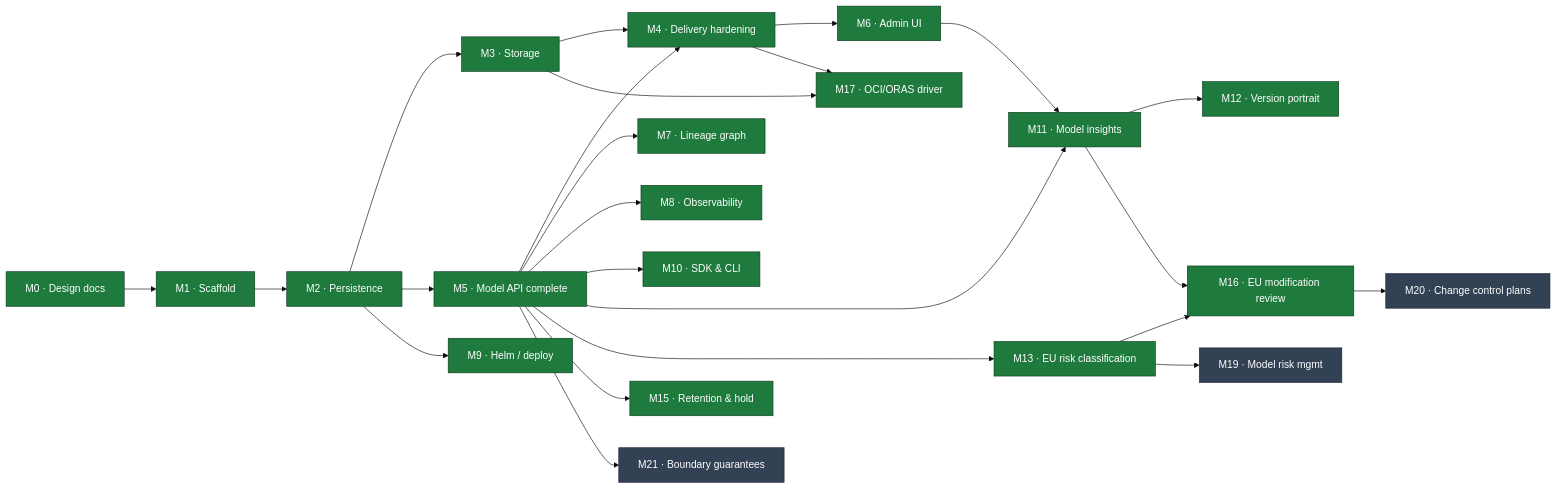
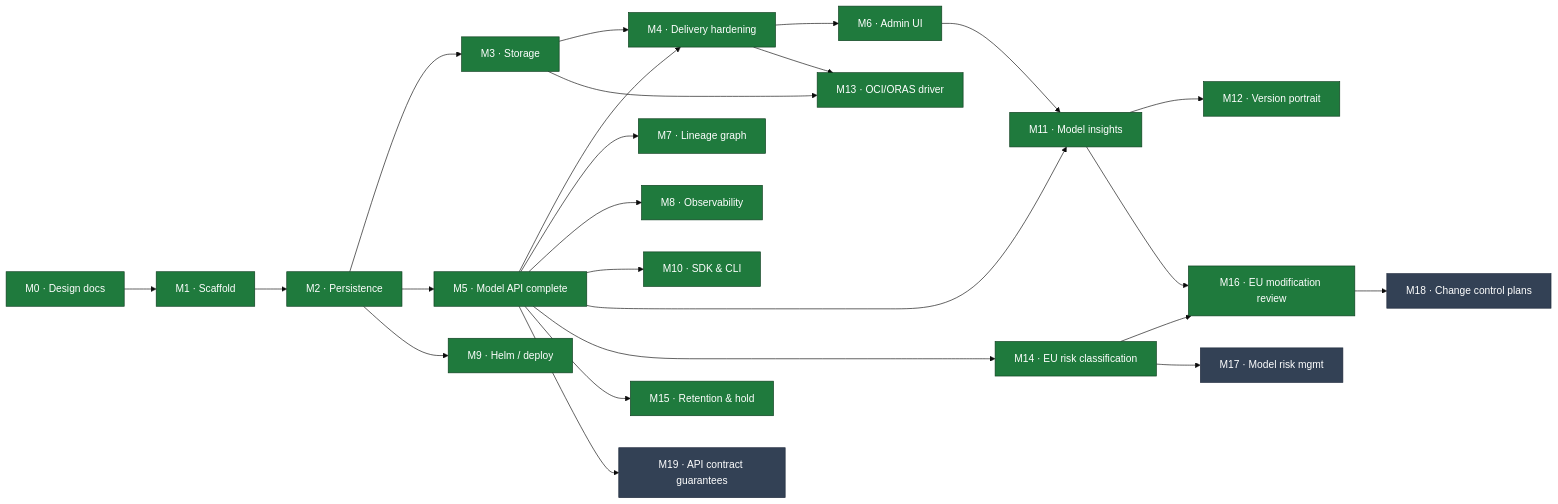
Before and after one commit to proseria-research/lineage: the diagram in MILESTONES.md, drawn with Mermaid (base theme). The commit also changed other lines of this file and 6 other files, not shown here.

````diff
--- a/MILESTONES.md
+++ b/MILESTONES.md
@@ -17,36 +26,36 @@
 ```mermaid
 flowchart LR
     M0["M0 · Design docs"] --> M1["M1 · Scaffold"]
     M1 --> M2["M2 · Persistence"]
     M2 --> M3["M3 · Storage"]
     M2 --> M5["M5 · Model API complete"]
     M3 --> M4["M4 · Delivery hardening"]
     M5 --> M4
     M5 --> M7["M7 · Lineage graph"]
     M4 --> M6["M6 · Admin UI"]
     M5 --> M8["M8 · Observability"]
     M2 --> M9["M9 · Helm / deploy"]
     M5 --> M10["M10 · SDK & CLI"]
     M5 --> M11["M11 · Model insights"]
     M6 --> M11
     M11 --> M12["M12 · Version portrait"]
 
-    M5 --> M13["M13 · EU risk classification"]
-    M13 --> M16["M16 · EU modification review"]
+    M3 --> M13["M13 · OCI/ORAS driver"]
+    M4 --> M13
+
+    M5 --> M14["M14 · EU risk classification"]
+    M5 --> M15["M15 · Retention &amp; hold"]
+    M14 --> M16["M16 · EU modification review"]
     M11 --> M16
-    M5 --> M15["M15 · Retention &amp; hold"]
 
-    M3 --> M17["M17 · OCI/ORAS driver"]
-    M4 --> M17
+    M14 --> M17["M17 · Model risk mgmt"]
+    M16 --> M18["M18 · Change control plans"]
 
-    M13 --> M19["M19 · Model risk mgmt"]
-    M16 --> M20["M20 · Change control plans"]
-
-    M5 --> M21["M21 · Boundary guarantees"]
+    M5 --> M19["M19 · API contract guarantees"]
 
     classDef done fill:#1f7a3d,stroke:#0d3d1e,color:#fff;
     classDef active fill:#b45309,stroke:#7c3a06,color:#fff;
     classDef todo fill:#334155,stroke:#1e293b,color:#fff;
-    class M0,M1,M2,M3,M4,M5,M6,M7,M8,M9,M10,M11,M12,M13,M15,M16,M17 done;
-    class M19,M20,M21 todo;
+    class M0,M1,M2,M3,M4,M5,M6,M7,M8,M9,M10,M11,M12,M13,M14,M15,M16 done;
+    class M17,M18,M19 todo;
 ```
````
